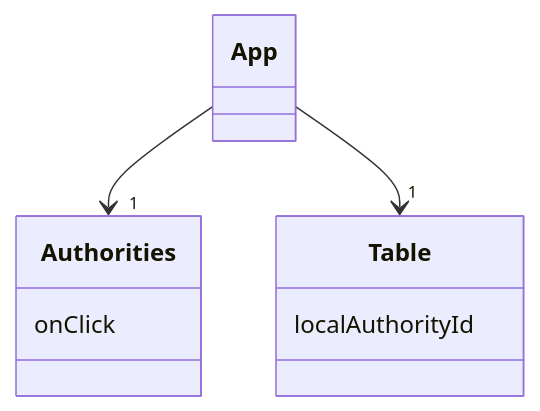
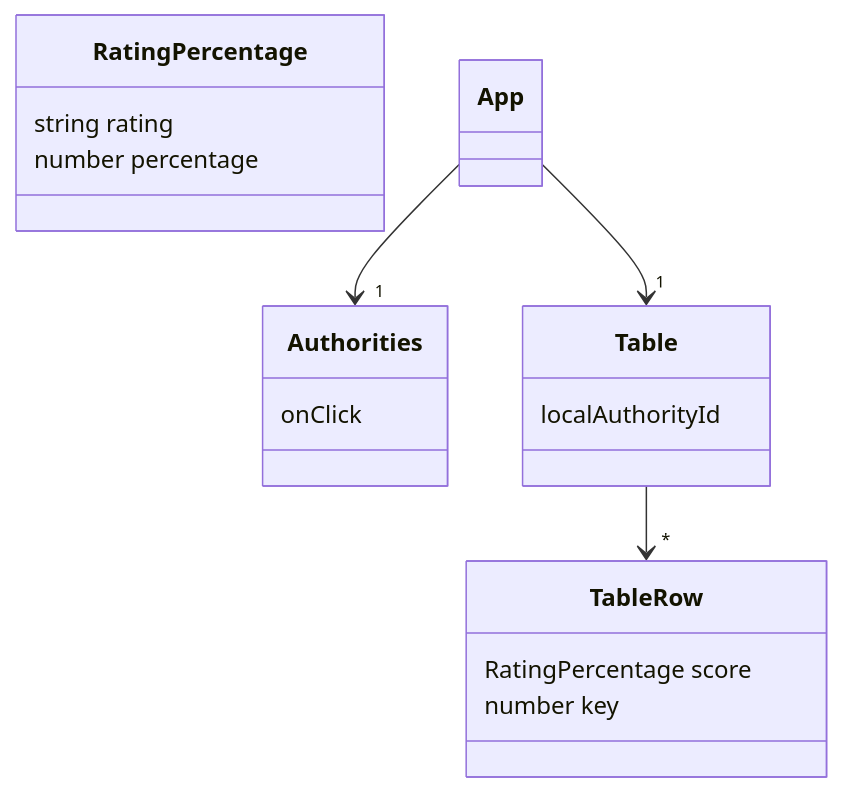
The diagram in README.md (jg210/spring-experiments), drawn with Mermaid before and after one commit. The commit also changed 1 other file, not shown here.

Commit message:
Add TableRow component to Table.

````diff
--- a/README.md
+++ b/README.md
@@ -16,11 +16,22 @@
 ```mermaid
 classDiagram
+    %% Data Model
+    class RatingPercentage {
+       string rating
+       number percentage
+    }
+    %% Components
+    class Authorities {
+         onClick
+    }
     class Table {
         localAuthorityId
     }
-    class Authorities {
-         onClick
+    class TableRow {
+        RatingPercentage score
+        number key
     }
     App --> "1" Authorities
     App --> "1" Table
+    Table --> "*" TableRow
 ```
````
